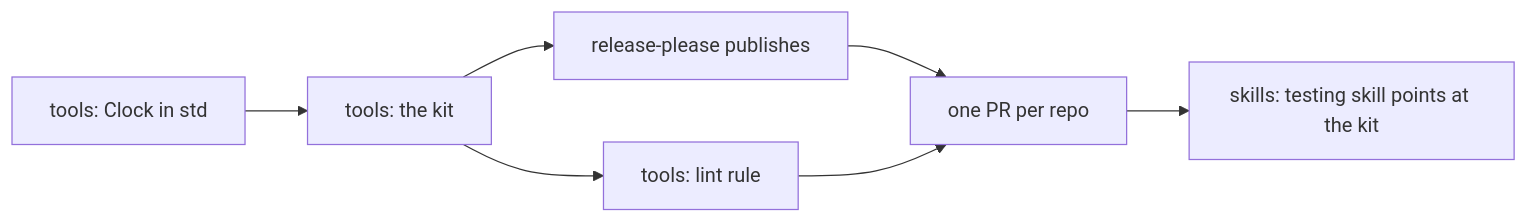
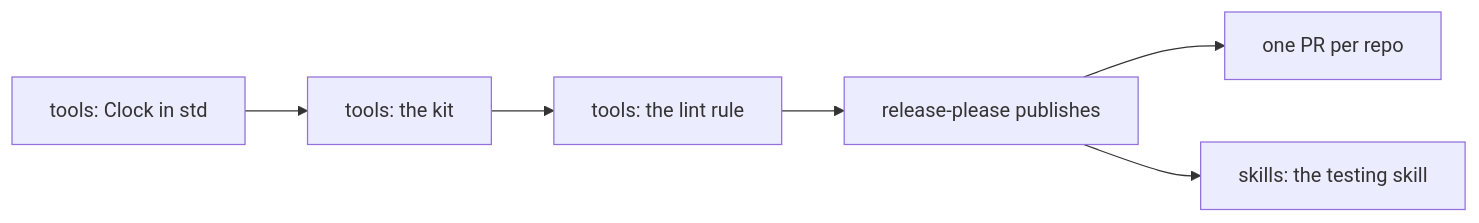
One commit to zgeoff/tools changed the diagram in docs/design/testing-kit/adoption.md. Above: the diagram before and after it, drawn with Mermaid. The commit also changed other lines of this file and 8 other files, not shown here.

Commit message:
docs: redraft the testing kit design after cold reads

````diff
--- a/docs/design/testing-kit/adoption.md
+++ b/docs/design/testing-kit/adoption.md
@@ -11,9 +15,8 @@
 ```mermaid
 flowchart LR
-  std[tools: Clock in std] --> kit[tools: the kit]
-  kit --> lint[tools: lint rule]
-  kit --> release[release-please publishes]
+  std["tools: Clock in std"] --> kit["tools: the kit"]
+  kit --> lint["tools: the lint rule"]
+  lint --> release[release-please publishes]
   release --> repos[one PR per repo]
-  lint --> repos
-  repos --> skill[skills: testing skill points at the kit]
+  release --> skill["skills: the testing skill"]
 ```
````
